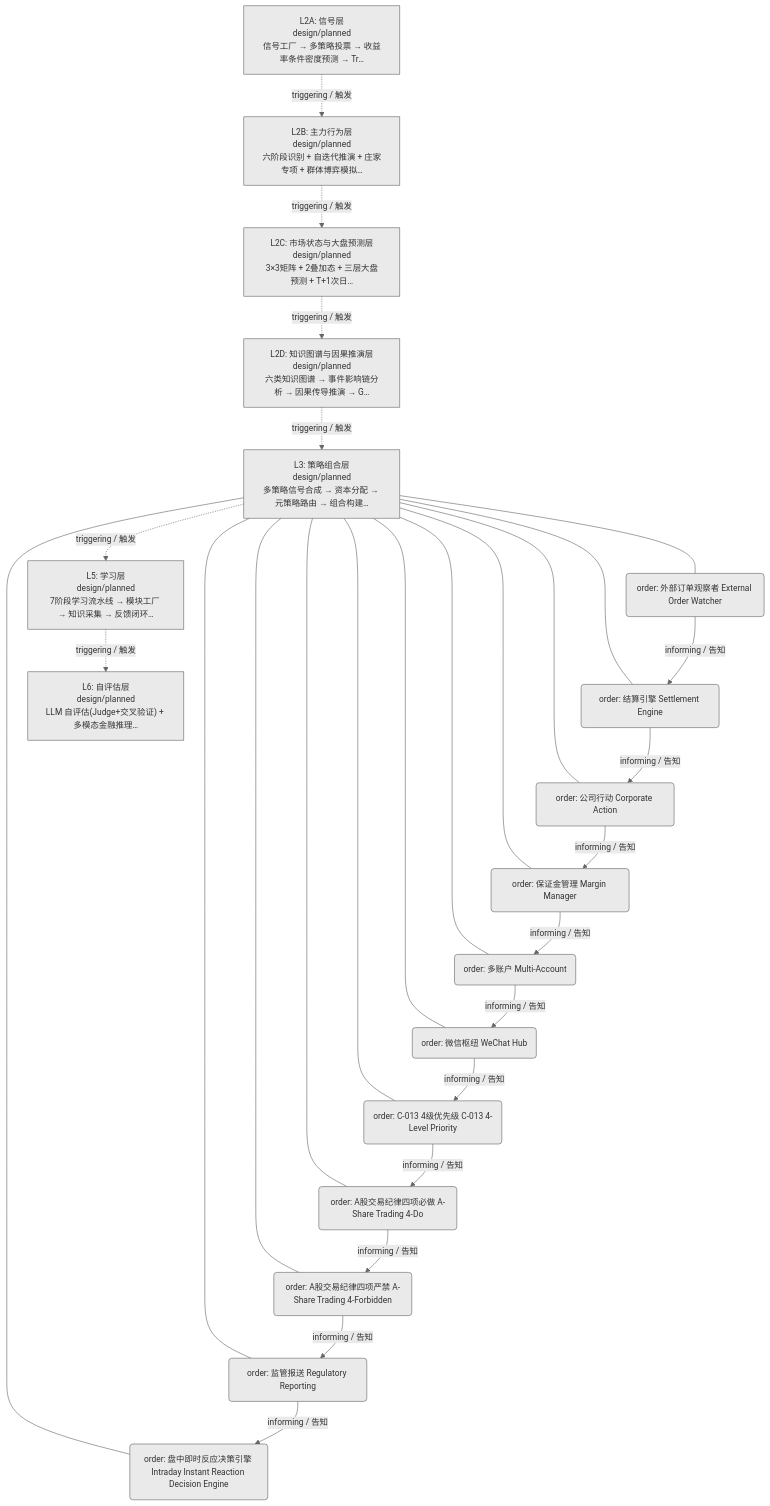
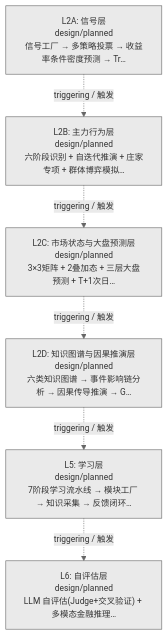
The first of 2 diagrams in docs/02_enterprise_architecture/06_decision_architecture/19_decision_l3_trading.md (xuanFelixVan/ZephyrAlpha), drawn with Mermaid before and after one commit. The commit also changed other lines of this file and 36 other files, not shown here.

First line of the commit message:
docs(arch): 三图入口索引加大白话解释 + 数据流生成器命名治本

````diff
--- a/docs/02_enterprise_architecture/06_decision_architecture/19_decision_l3_trading.md
+++ b/docs/02_enterprise_architecture/06_decision_architecture/19_decision_l3_trading.md
@@ -23,49 +23,15 @@
 ```mermaid
 %%{init: {'theme': 'base', 'themeVariables': {'primaryColor': '#eaeaea', 'primaryTextColor': '#333333', 'primaryBorderColor': '#666666', 'lineColor': '#666666', 'secondaryColor': '#eaeaea', 'tertiaryColor': '#eaeaea', 'fontSize': '14px'}}}%%
 flowchart TD
     LL2A["L2A: 信号层<br/>design/planned<br/>信号工厂 → 多策略投票 → 收益率条件密度预测 → Tr…"]
     LL2B["L2B: 主力行为层<br/>design/planned<br/>六阶段识别 + 自迭代推演 + 庄家专项 + 群体博弈模拟…"]
     LL2C["L2C: 市场状态与大盘预测层<br/>design/planned<br/>3×3矩阵 + 2叠加态 + 三层大盘预测 + T+1次日…"]
     LL2D["L2D: 知识图谱与因果推演层<br/>design/planned<br/>六类知识图谱 → 事件影响链分析 → 因果传导推演 → G…"]
-    LL3["L3: 策略组合层<br/>design/planned<br/>多策略信号合成 → 资本分配 → 元策略路由 → 组合构建…"]
-    N102("order: 外部订单观察者 External Order Watcher")
-    LL3 --- N102
-    N103("order: 结算引擎 Settlement Engine")
-    LL3 --- N103
-    N104("order: 公司行动 Corporate Action")
-    LL3 --- N104
-    N105("order: 保证金管理 Margin Manager")
-    LL3 --- N105
-    N106("order: 多账户 Multi-Account")
-    LL3 --- N106
-    N107("order: 微信枢纽 WeChat Hub")
-    LL3 --- N107
-    N108("order: C-013 4级优先级 C-013 4-Level Priority")
-    LL3 --- N108
-    N109("order: A股交易纪律四项必做 A-Share Trading 4-Do")
-    LL3 --- N109
-    N110("order: A股交易纪律四项严禁 A-Share Trading 4-Forbidden")
-    LL3 --- N110
-    N111("order: 监管报送 Regulatory Reporting")
-    LL3 --- N111
-    N112("order: 盘中即时反应决策引擎 Intraday Instant Reaction Decision Engine")
-    LL3 --- N112
     LL5["L5: 学习层<br/>design/planned<br/>7阶段学习流水线 → 模块工厂 → 知识采集 → 反馈闭环…"]
     LL6["L6: 自评估层<br/>design/planned<br/>LLM 自评估(Judge+交叉验证) + 多模态金融推理…"]
     LL2A -.->|triggering / 触发| LL2B
     LL2B -.->|triggering / 触发| LL2C
     LL2C -.->|triggering / 触发| LL2D
-    LL2D -.->|triggering / 触发| LL3
-    LL3 -.->|triggering / 触发| LL5
+    LL2D -.->|triggering / 触发| LL5
     LL5 -.->|triggering / 触发| LL6
-    N102 -->|informing / 告知| N103
-    N103 -->|informing / 告知| N104
-    N104 -->|informing / 告知| N105
-    N105 -->|informing / 告知| N106
-    N106 -->|informing / 告知| N107
-    N107 -->|informing / 告知| N108
-    N108 -->|informing / 告知| N109
-    N109 -->|informing / 告知| N110
-    N110 -->|informing / 告知| N111
-    N111 -->|informing / 告知| N112
 ```
````
